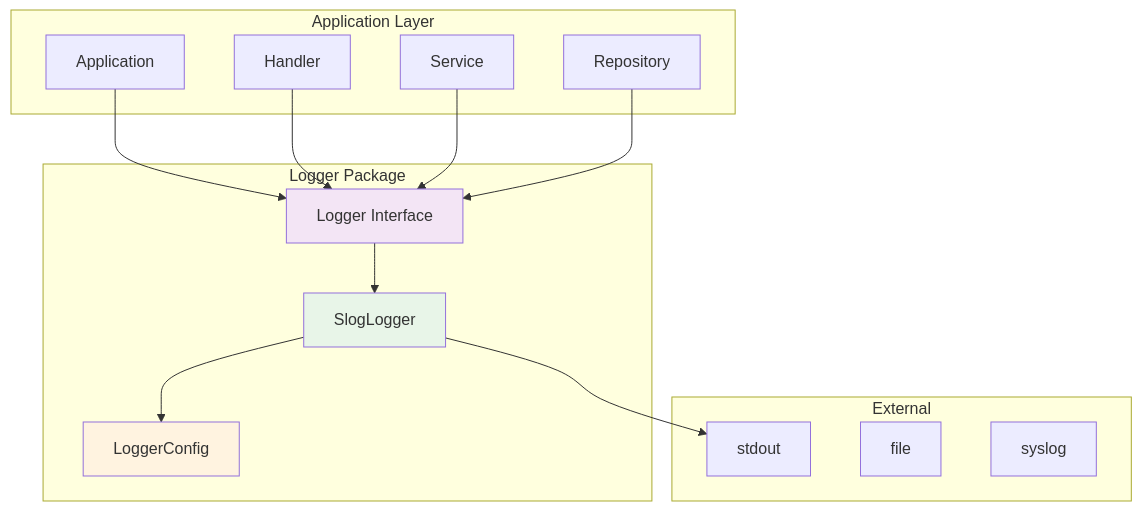
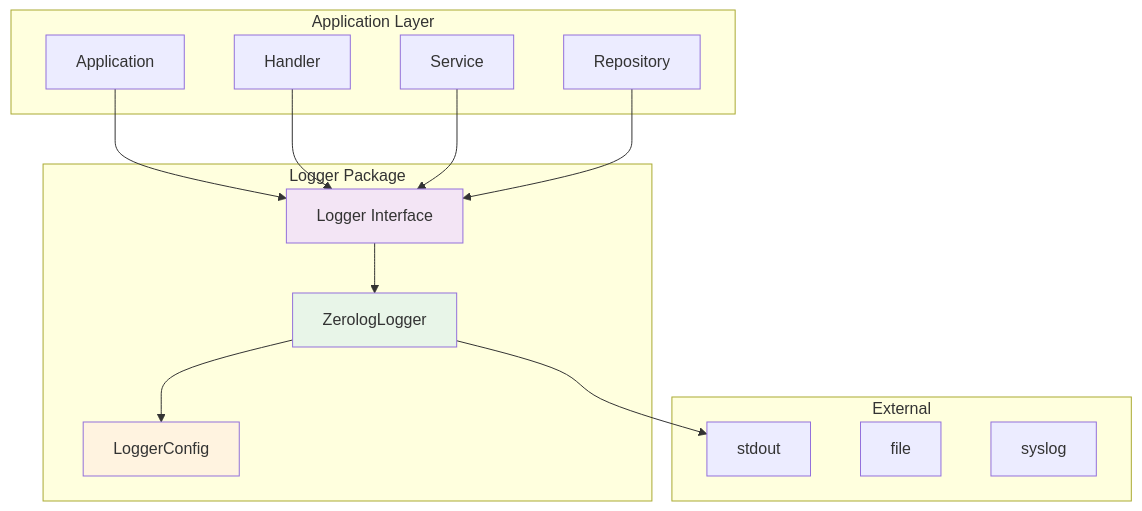
One commit to IgorKilipenko/metrical changed the diagram in internal/logger/README.md. Above: the diagram before and after it, drawn with Mermaid. The commit also changed other lines of this file and 2 other files, not shown here.

First line of the commit message:
refactor: migrate logging implementation from slog to zerolog

````diff
--- a/internal/logger/README.md
+++ b/internal/logger/README.md
@@ -156,34 +156,34 @@
 ```mermaid
 graph TB
     subgraph "Application Layer"
         APP[Application]
         HANDLER[Handler]
         SERVICE[Service]
         REPO[Repository]
     end
     
     subgraph "Logger Package"
         LOGGER[Logger Interface]
-        SLOG[SlogLogger]
+        SLOG[ZerologLogger]
         CONFIG[LoggerConfig]
     end
     
     subgraph "External"
         STDOUT[stdout]
         FILE[file]
         SYSLOG[syslog]
     end
     
     APP --> LOGGER
     HANDLER --> LOGGER
     SERVICE --> LOGGER
     REPO --> LOGGER
     
     LOGGER --> SLOG
     SLOG --> CONFIG
     SLOG --> STDOUT
     
     style LOGGER fill:#f3e5f5
     style SLOG fill:#e8f5e8
     style CONFIG fill:#fff3e0
 ```
````
